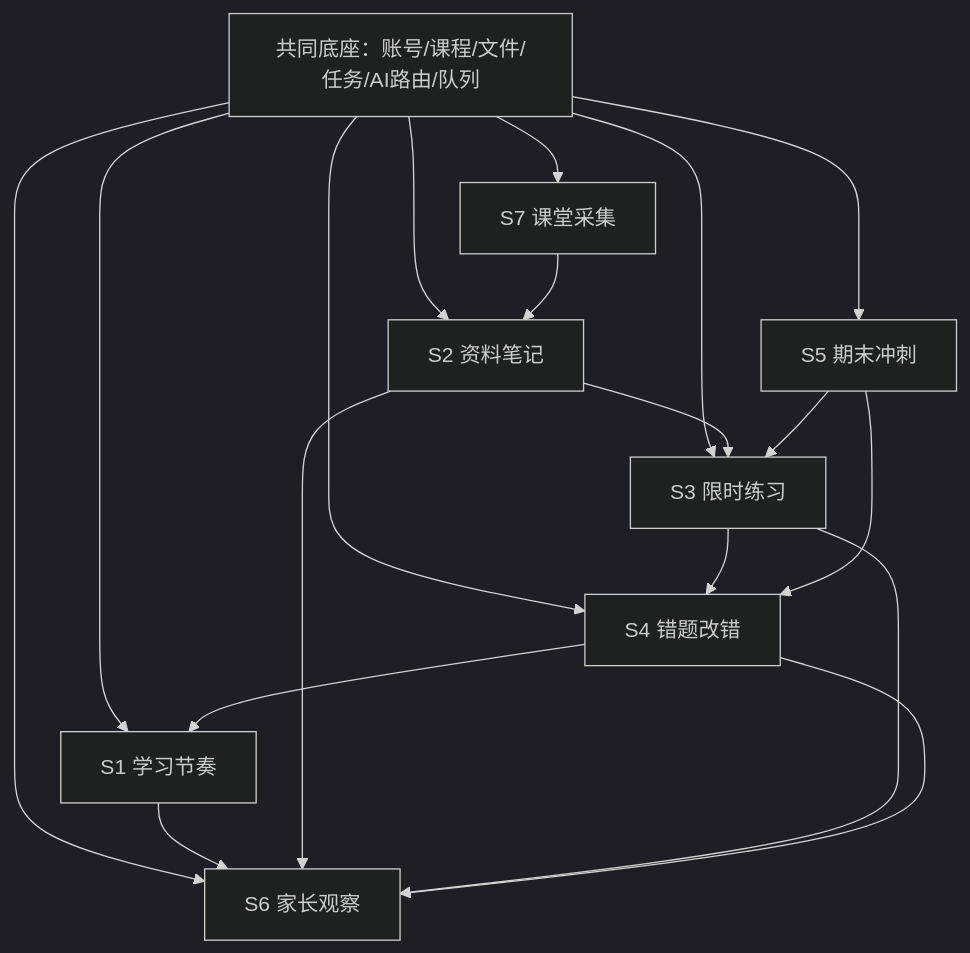
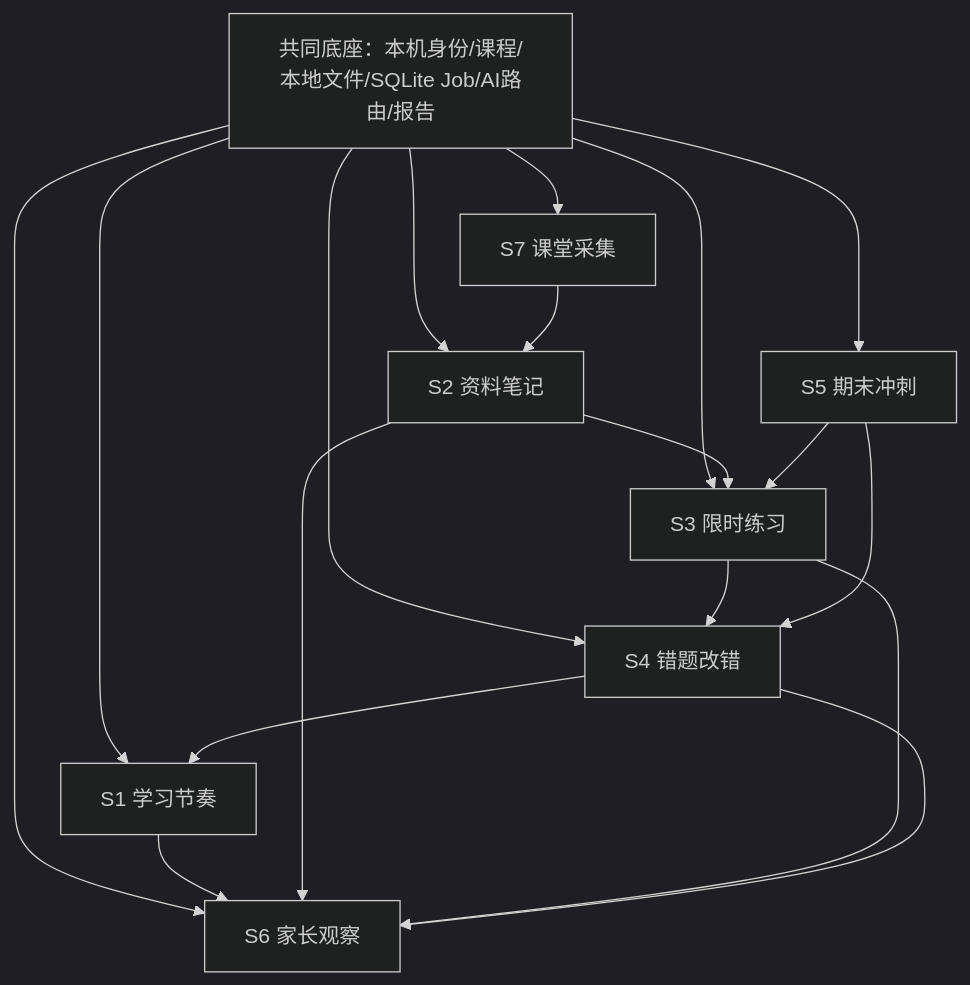
One commit to everything-is-simple/ai-studybuddy changed the diagram in docs/02-七子系统地图-Scenario-Systems.md. Above: the diagram before and after it, drawn with Mermaid (dark theme). The commit also changed other lines of this file and 46 other files, not shown here.

````diff
--- a/docs/02-七子系统地图-Scenario-Systems.md
+++ b/docs/02-七子系统地图-Scenario-Systems.md
@@ -44,21 +44,21 @@
 ```mermaid
 flowchart TD
-  Base["共同底座：账号/课程/文件/任务/AI路由/队列"] --> S1["S1 学习节奏"]
+  Base["共同底座：本机身份/课程/本地文件/SQLite Job/AI路由/报告"] --> S1["S1 学习节奏"]
   Base --> S2["S2 资料笔记"]
   Base --> S3["S3 限时练习"]
   Base --> S4["S4 错题改错"]
   Base --> S5["S5 期末冲刺"]
   Base --> S6["S6 家长观察"]
   Base --> S7["S7 课堂采集"]
 
   S7 --> S2
   S2 --> S3
   S3 --> S4
   S4 --> S1
   S5 --> S3
   S5 --> S4
   S1 --> S6
   S2 --> S6
   S3 --> S6
   S4 --> S6
 ```
````
